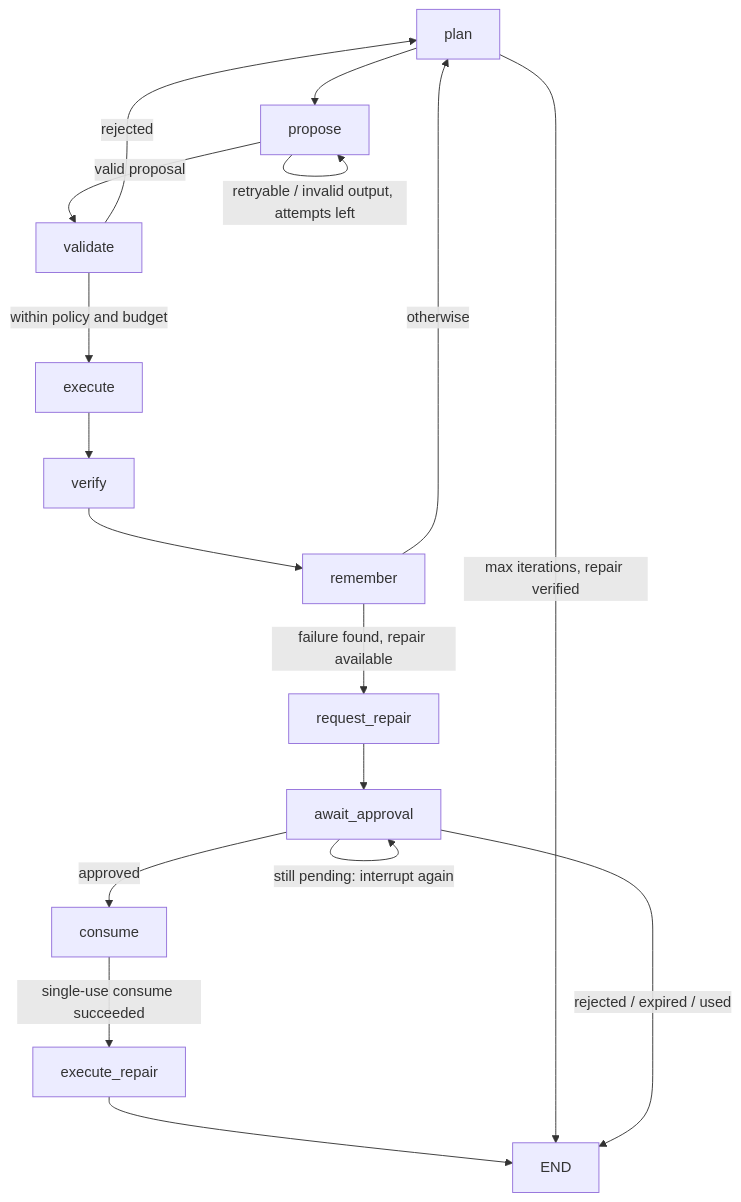
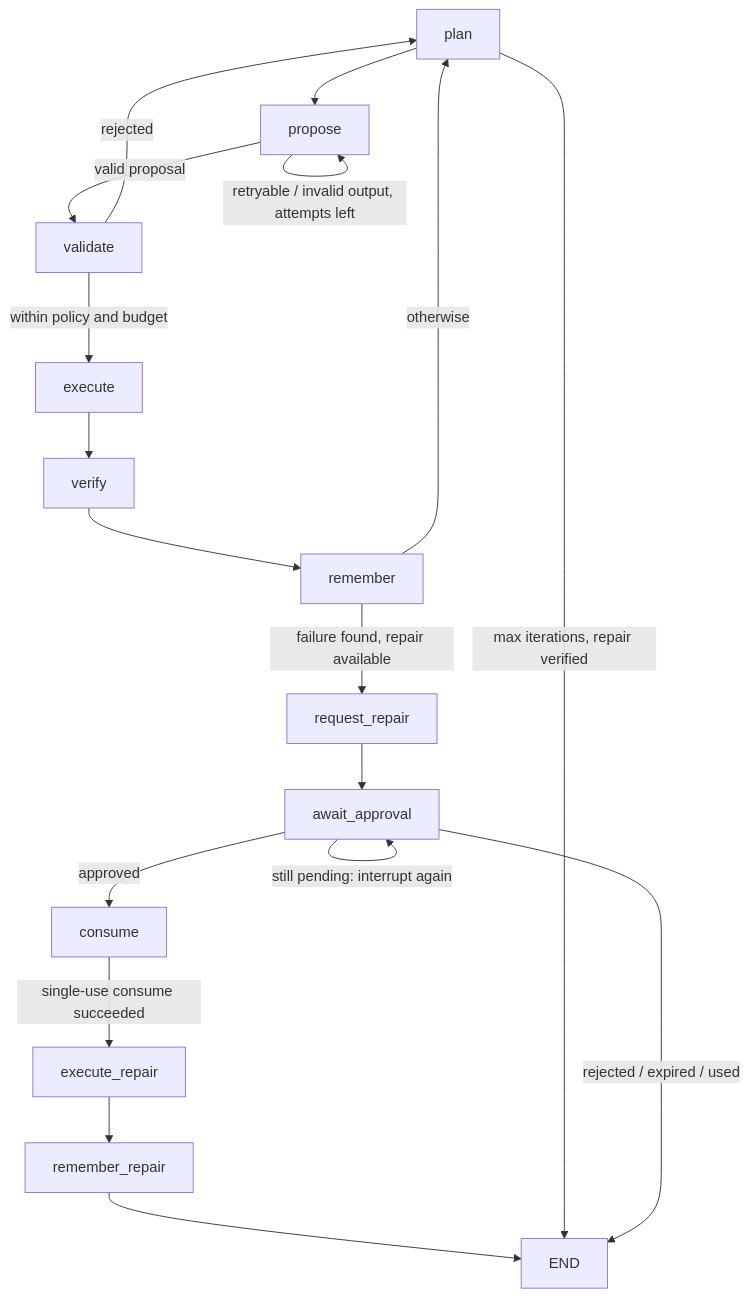
Before and after one commit to GhostLab-Universe/ghostlab-universe: the diagram in docs/modules/M05.md, drawn with Mermaid. The commit also changed other lines of this file and 2 other files, not shown here.

Commit message:
Keep repair memory pending until its world can write it
A shortcut ended a finished campaign when its world was unusable, which silently
dropped the repair's memory. Recovery now refuses as usual and completes the memory
once the world returns.

````diff
--- a/docs/modules/M05.md
+++ b/docs/modules/M05.md
@@ -28,18 +28,18 @@
 ```mermaid
 flowchart TD
     plan --> propose
     propose -->|valid proposal| validate
     propose -->|retryable / invalid output, attempts left| propose
     validate -->|within policy and budget| execute
     validate -->|rejected| plan
     execute --> verify --> remember
     remember -->|failure found, repair available| request_repair
     remember -->|otherwise| plan
     request_repair --> await_approval
     await_approval -->|still pending: interrupt again| await_approval
     await_approval -->|approved| consume
     consume -->|single-use consume succeeded| execute_repair
-    execute_repair --> END
+    execute_repair --> remember_repair --> END
     plan -->|max iterations, repair verified| END
     await_approval -->|rejected / expired / used| END
 ```
````
